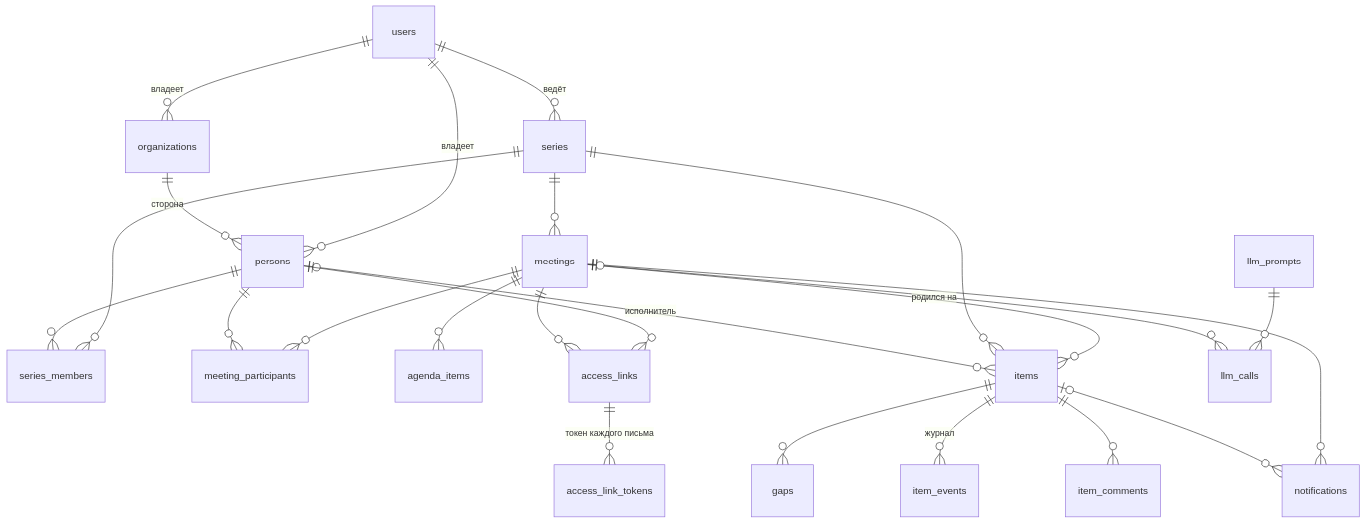
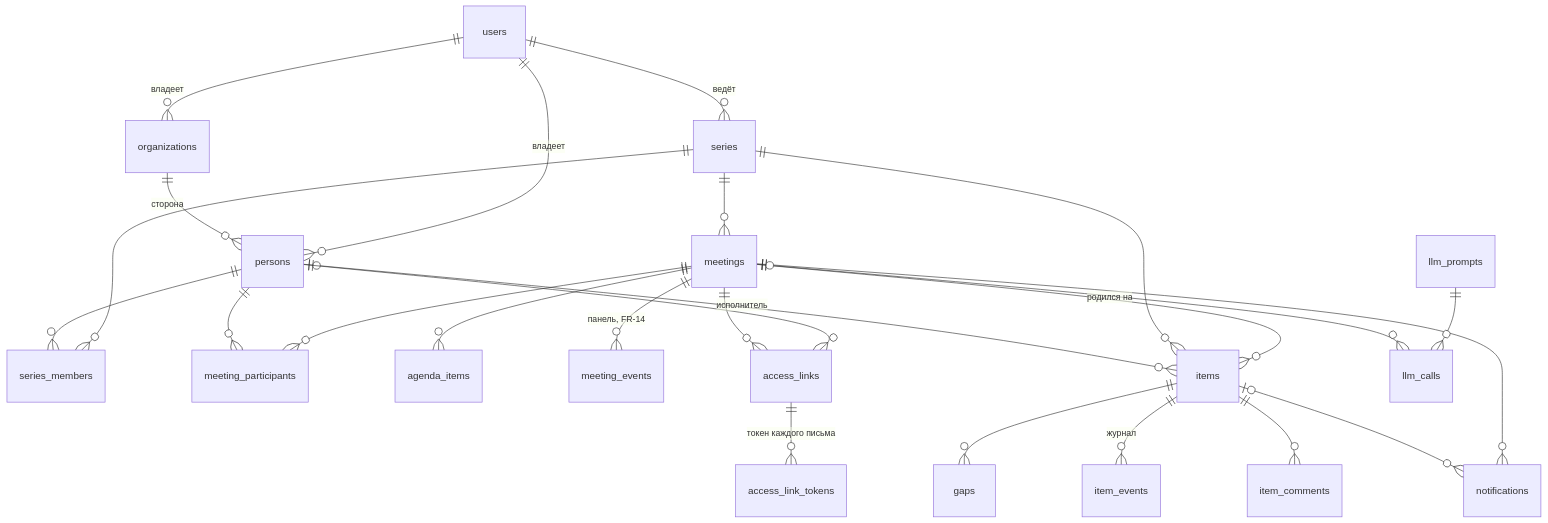
Before and after one commit to organisation3214234324123123124123/dogovorilis: the third of 3 diagrams in docs/architecture.md, drawn with Mermaid. The commit also changed other lines of this file, not shown here.

````diff
--- a/docs/architecture.md
+++ b/docs/architecture.md
@@ -53,26 +53,27 @@
 ```mermaid
 erDiagram
   users ||--o{ organizations : "владеет"
   users ||--o{ persons : "владеет"
   users ||--o{ series : "ведёт"
   organizations ||--o{ persons : "сторона"
   series ||--o{ series_members : ""
   persons ||--o{ series_members : ""
   series ||--o{ meetings : ""
   meetings ||--o{ meeting_participants : ""
   persons ||--o{ meeting_participants : ""
   meetings ||--o{ agenda_items : ""
+  meetings ||--o{ meeting_events : "панель, FR-14"
   meetings ||--o{ items : "родился на"
   series ||--o{ items : ""
   persons |o--o{ items : "исполнитель"
   items ||--o{ gaps : ""
   items ||--o{ item_events : "журнал"
   items ||--o{ item_comments : ""
   persons ||--o{ access_links : ""
   meetings ||--o{ access_links : ""
   access_links ||--o{ access_link_tokens : "токен каждого письма"
   meetings ||--o{ notifications : ""
   items |o--o{ notifications : ""
   llm_prompts ||--o{ llm_calls : ""
   meetings |o--o{ llm_calls : ""
 ```
````
